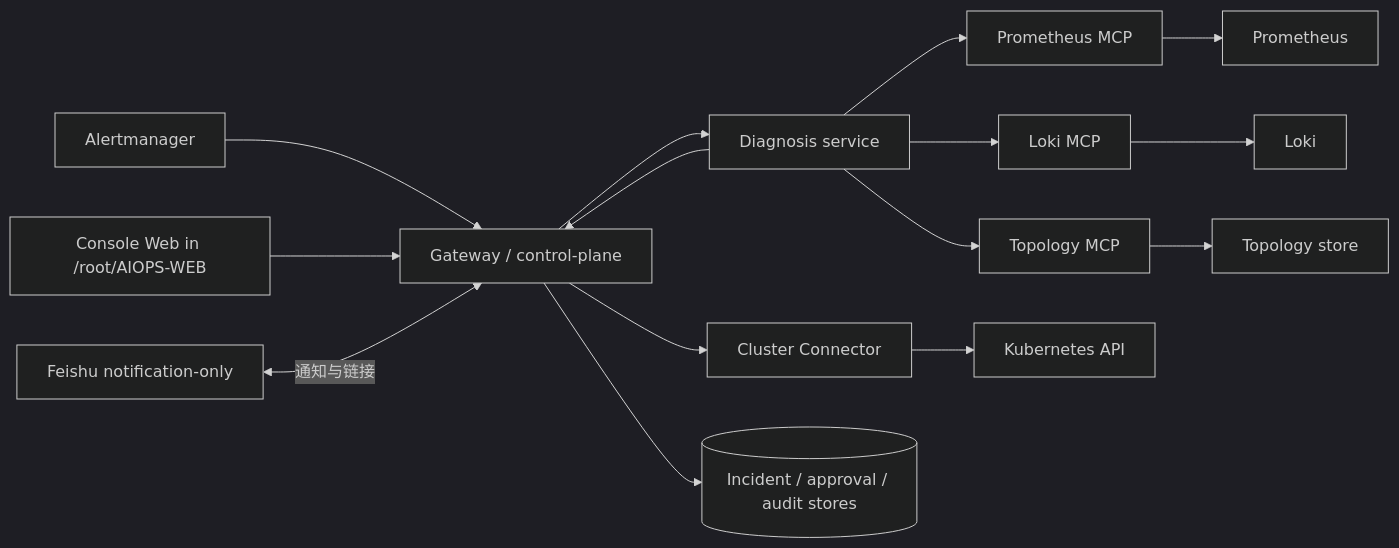
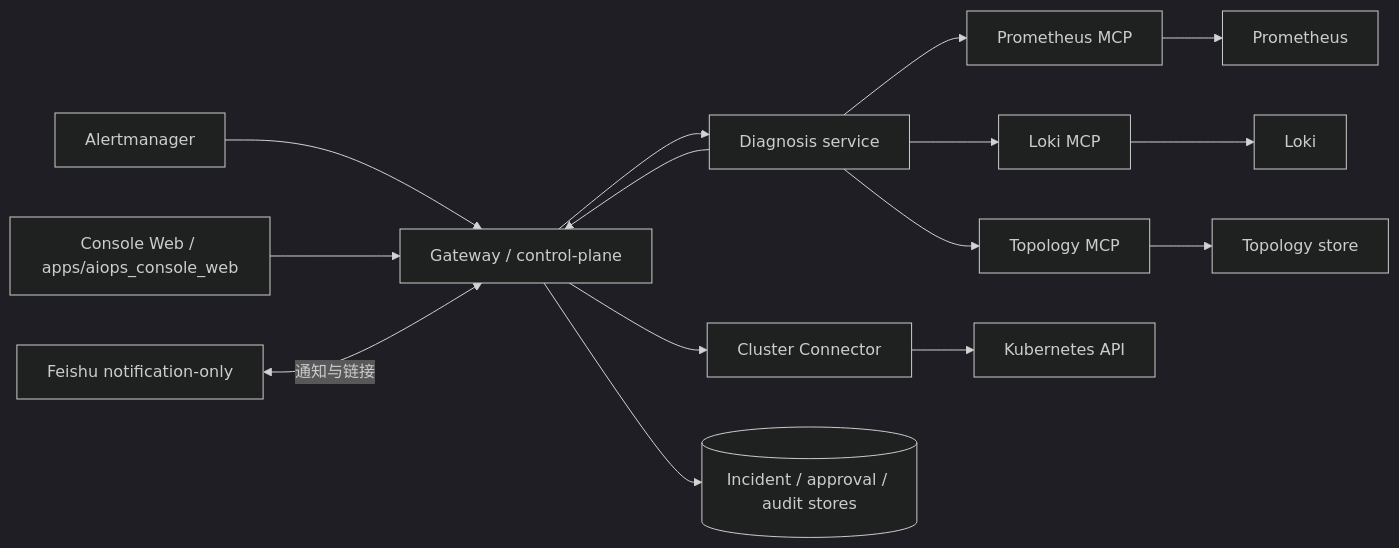
The first of 5 diagrams in docs/architecture-diagrams.md (Timeless0927/AIops), drawn with Mermaid (dark theme) before and after one commit. The commit also changed other lines of this file and 79 other files, not shown here.

````diff
--- a/docs/architecture-diagrams.md
+++ b/docs/architecture-diagrams.md
@@ -7,19 +7,19 @@
 ```mermaid
 flowchart LR
     Alertmanager[Alertmanager] --> Gateway[Gateway / control-plane]
-    Console[Console Web in /root/AIOPS-WEB] --> Gateway
+    Console[Console Web / apps/aiops_console_web] --> Gateway
     Feishu[Feishu notification-only] <-->|通知与链接| Gateway
 
     Gateway --> Diagnosis[Diagnosis service]
     Gateway --> Connector[Cluster Connector]
     Diagnosis --> Gateway
     Diagnosis --> PromMCP[Prometheus MCP]
     Diagnosis --> LokiMCP[Loki MCP]
     Diagnosis --> TopologyMCP[Topology MCP]
 
     Connector --> K8s[Kubernetes API]
     PromMCP --> Prometheus[Prometheus]
     LokiMCP --> Loki[Loki]
     TopologyMCP --> TopologyStore[Topology store]
     Gateway --> Stores[(Incident / approval / audit stores)]
 ```
````
